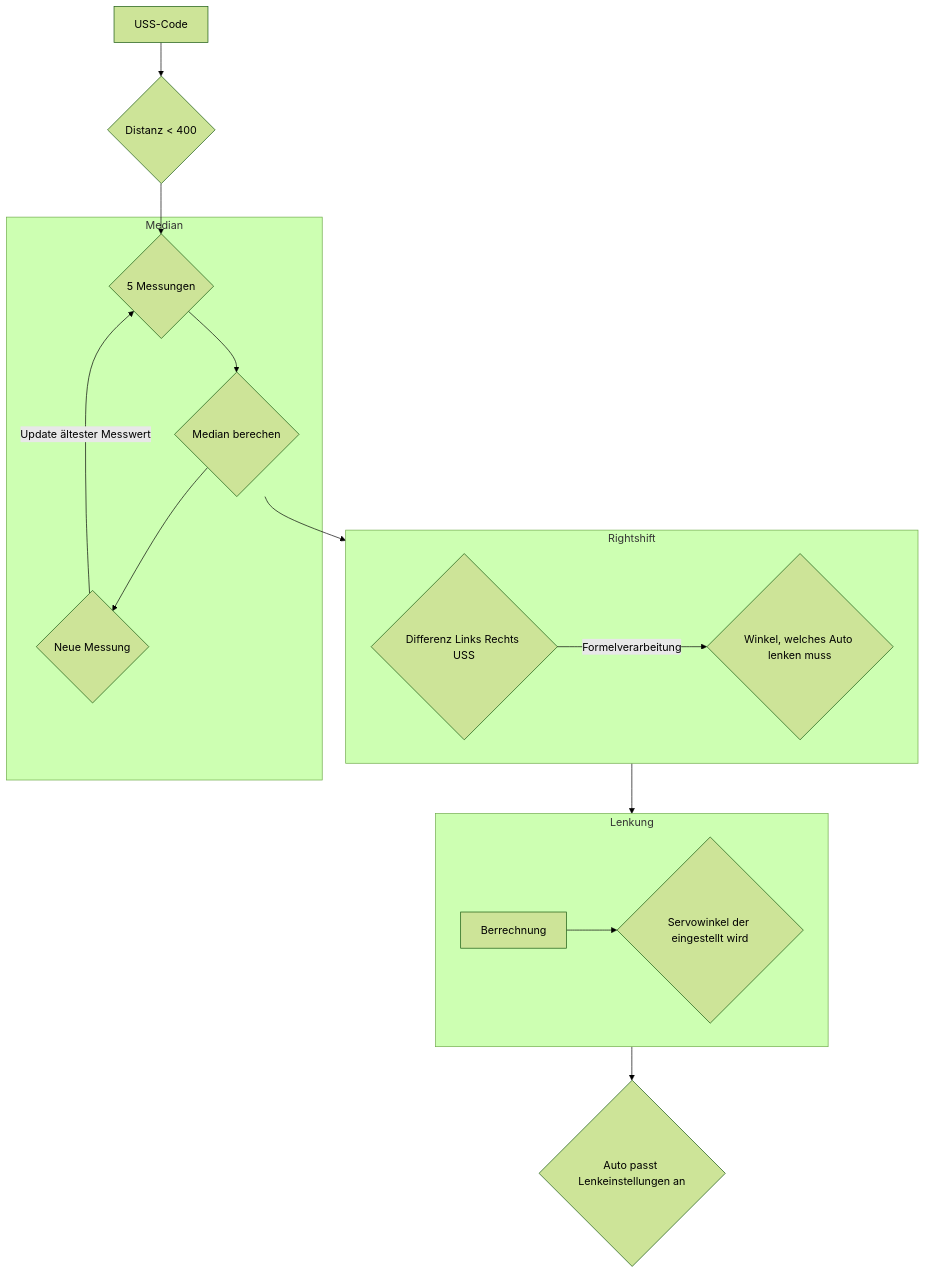
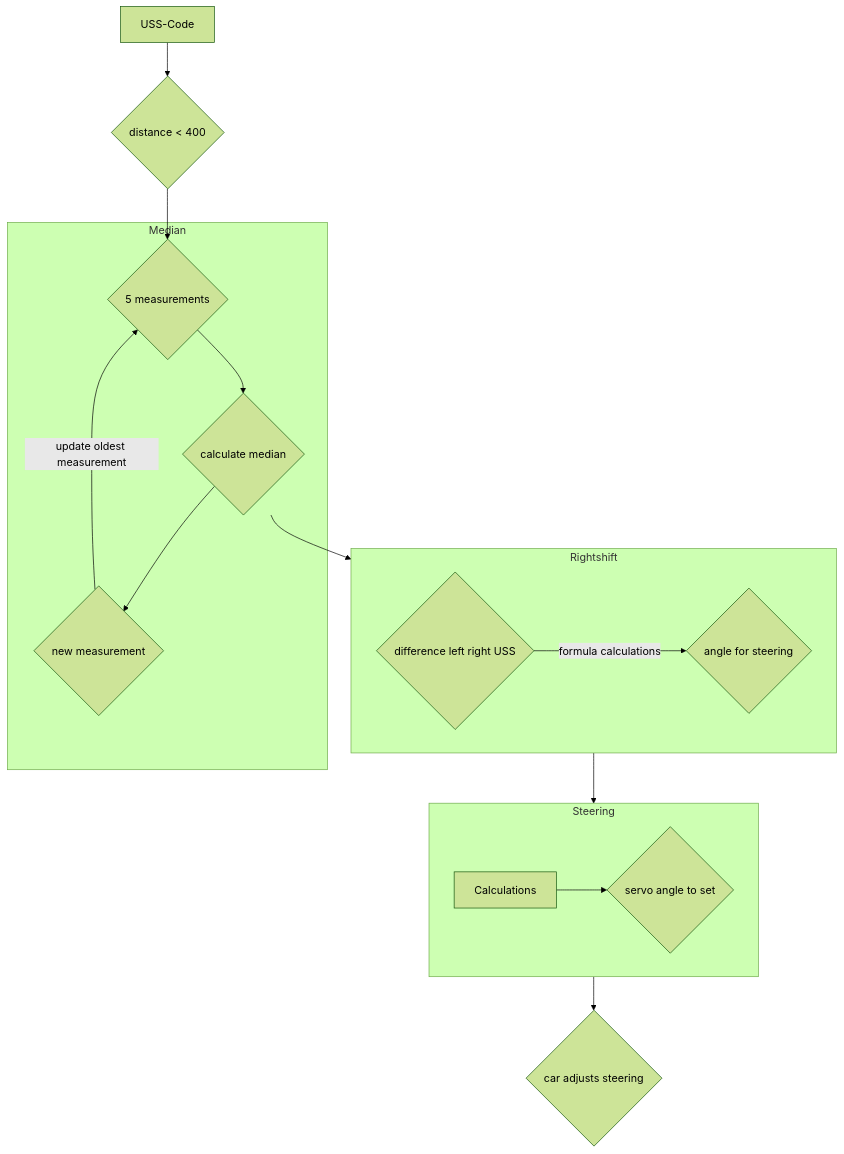
One commit to SchroedingersBit/PfortGTPanama changed the first of 2 diagrams in programming/OpenChallenge/README.md. Above: the diagram before and after it, drawn with Mermaid (forest theme).

````diff
--- a/programming/OpenChallenge/README.md
+++ b/programming/OpenChallenge/README.md
@@ -4,18 +4,18 @@
 ```mermaid
 flowchart TB;
-USS-Code --> D{Distanz < 400} --> M{5 Messungen};
+USS-Code --> D{distance < 400} --> M{5 measurements};
 subgraph Median
-M-->ME{Median berechen} -->N{Neue Messung} -->|Update ältester Messwert| M;
+M-->ME{calculate median} -->N{new measurement} -->|update oldest measurement| M;
 end
 ME --> Rightshift;
 
 subgraph Rightshift
-LR{Differenz Links Rechts USS} --> |Formelverarbeitung| W{Winkel, welches Auto lenken muss};
+LR{difference left right USS} --> |formula calculations| W{angle for steering};
 end
-Rightshift --> Lenkung;
+Rightshift --> Steering;
 
-subgraph Lenkung
-Berrechnung --> S{Servowinkel der eingestellt wird}
+subgraph Steering
+Calculations --> S{servo angle to set}
 end
-Lenkung --> Z{Auto passt Lenkeinstellungen an}
+Steering --> Z{car adjusts steering}
 ```
````
